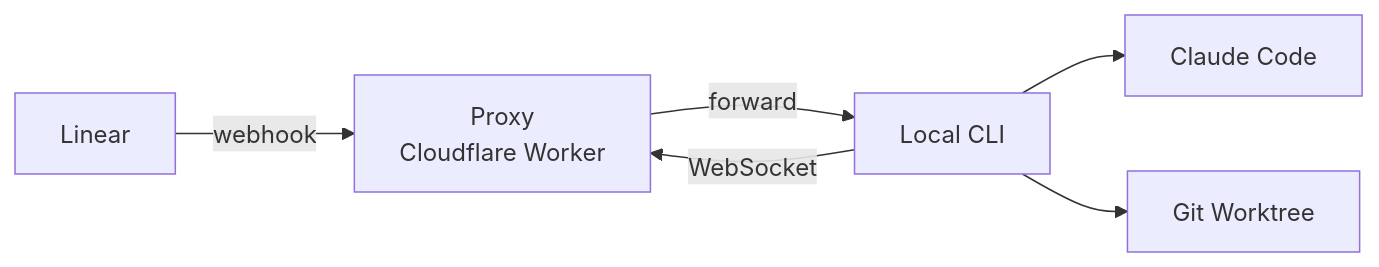
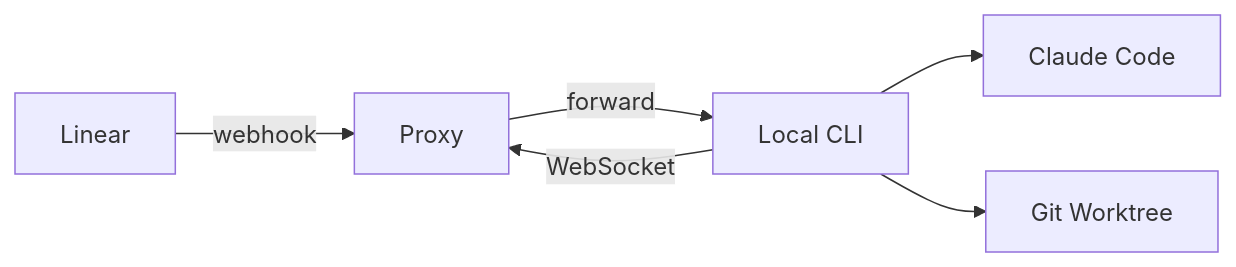
Before and after one commit to caiopizzol/sniff: the diagram in README.md, drawn with Mermaid. The commit also changed other lines of this file, not shown here.

````diff
--- a/README.md
+++ b/README.md
@@ -11,8 +11,8 @@
 ```mermaid
 flowchart LR
-    Linear -->|webhook| Proxy[Proxy\nCloudflare Worker]
+    Linear -->|webhook| Proxy[Proxy]
     CLI[Local CLI] -->|WebSocket| Proxy
     Proxy -->|forward| CLI
     CLI --> Claude[Claude Code]
     CLI --> Worktree[Git Worktree]
 ```
````
